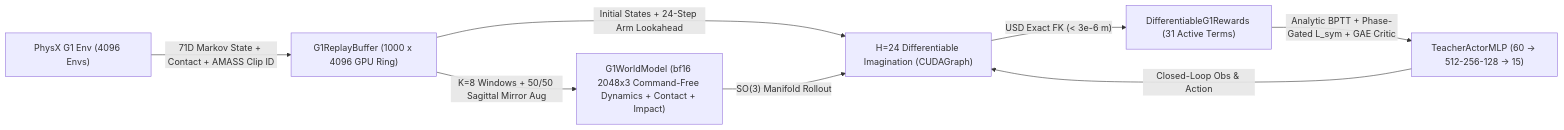
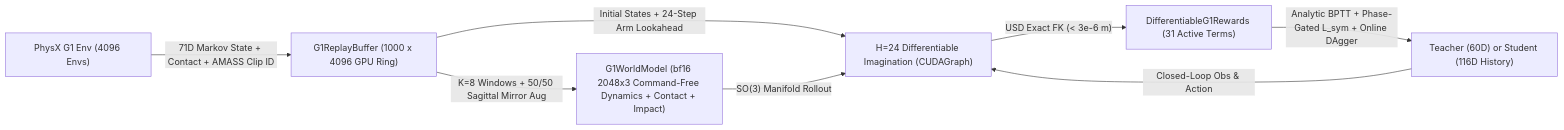
Before and after one commit to xuejun7777/SuperMimic-Decoupled-WBC: the diagram in docs/supermimic_research_report.md, drawn with Mermaid. The commit also changed other lines of this file and 16 other files, not shown here.

Commit message:
Add World-Model Guided SOTA Student (Analytic BPTT + Online DAgger + 116D Symmetry), 6k SOTA Teacher, and update benchmarks/curves/demo

````diff
--- a/docs/supermimic_research_report.md
+++ b/docs/supermimic_research_report.md
@@ -17,10 +17,10 @@
 ```mermaid
 flowchart LR
     Env["PhysX G1 Env (4096 Envs)"] -->|"71D Markov State + Contact + AMASS Clip ID"| RB["G1ReplayBuffer (1000 x 4096 GPU Ring)"]
     RB -->|"K=8 Windows + 50/50 Sagittal Mirror Aug"| WM["G1WorldModel (bf16 2048x3 Command-Free Dynamics + Contact + Impact)"]
     RB -->|"Initial States + 24-Step Arm Lookahead"| Imag["H=24 Differentiable Imagination (CUDAGraph)"]
     WM -->|"SO(3) Manifold Rollout"| Imag
-    Actor["TeacherActorMLP (60 -> 512-256-128 -> 15)"] -->|"Closed-Loop Obs & Action"| Imag
+    Actor["Teacher (60D) or Student (116D History)"] -->|"Closed-Loop Obs & Action"| Imag
     Imag -->|"USD Exact FK (< 3e-6 m)"| Rew["DifferentiableG1Rewards (31 Active Terms)"]
-    Rew -->|"Analytic BPTT + Phase-Gated L_sym + GAE Critic"| Actor
+    Rew -->|"Analytic BPTT + Phase-Gated L_sym + Online DAgger"| Actor
 ```
````
